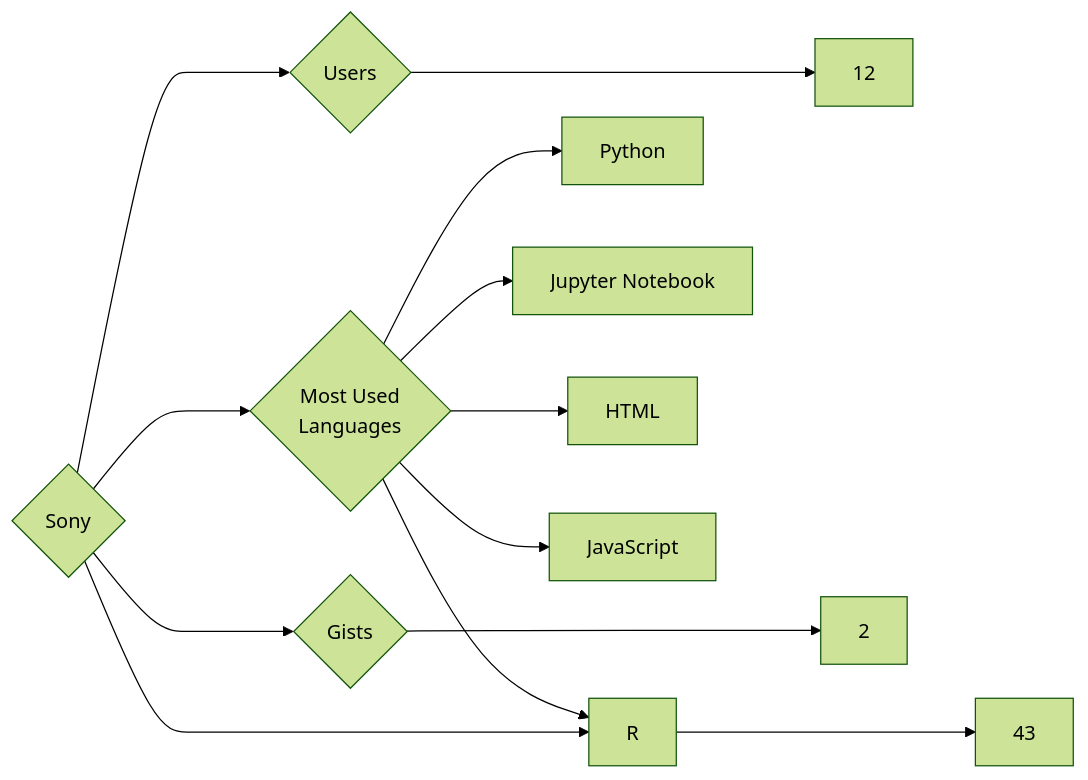
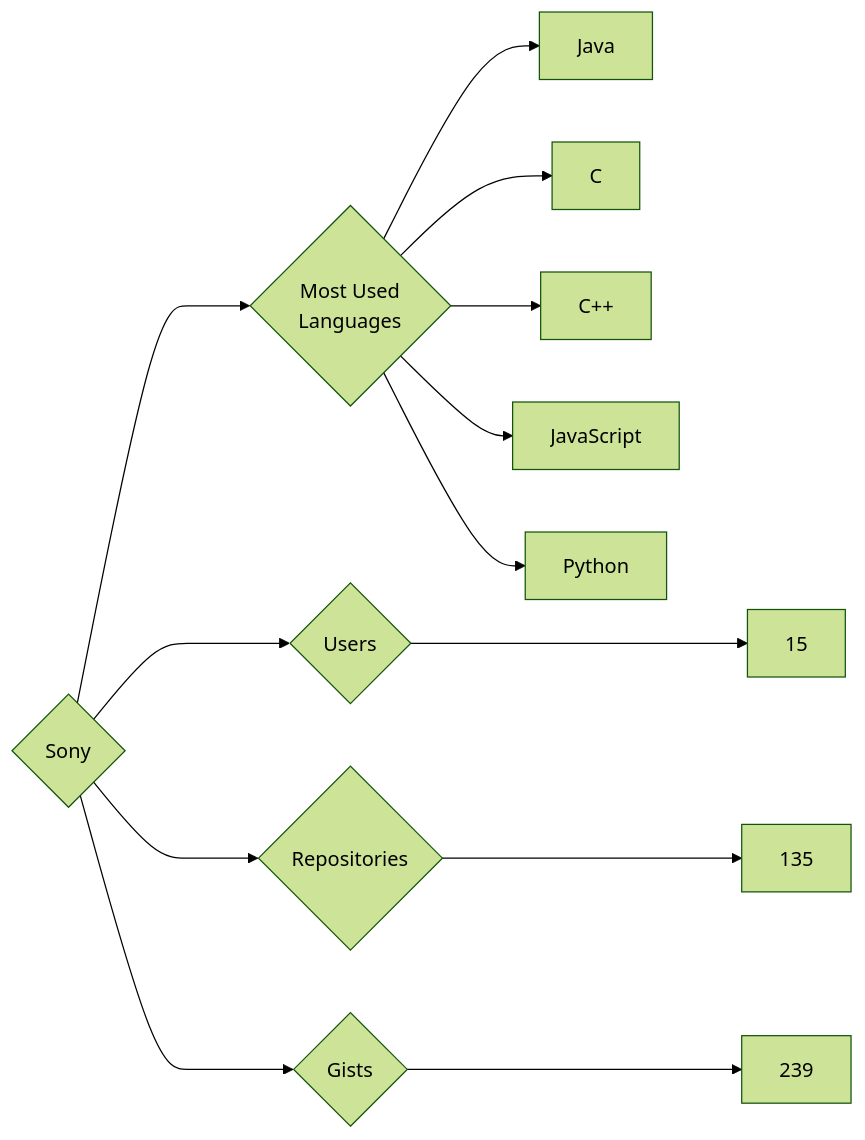
The diagram in targets/Sony/README.md (trickest/insiders), drawn with Mermaid (forest theme) before and after one commit. The commit also changed 877 other files, not shown here.

````diff
--- a/targets/Sony/README.md
+++ b/targets/Sony/README.md
@@ -3,13 +3,13 @@
 ```mermaid
 graph LR
 COMPANY_NAME{Sony}
-COMPANY_NAME ---> U{Users} ---> UN[12]
-COMPANY_NAME ---> R{Repositories} ---> RN[43]
-COMPANY_NAME ---> G{Gists} ---> GN[2]
+COMPANY_NAME ---> U{Users} ---> UN[15]
+COMPANY_NAME ---> R{Repositories} ---> RN[135]
+COMPANY_NAME ---> G{Gists} ---> GN[239]
 COMPANY_NAME ---> ML{Most Used<br>Languages}
+ML --> Java[Java]
+ML --> C[C]
+ML --> C++[C++]
+ML --> JavaScript[JavaScript]
 ML --> Python[Python]
-ML --> Jupyter_Notebook[Jupyter Notebook]
-ML --> HTML[HTML]
-ML --> R[R]
-ML --> JavaScript[JavaScript]
 ```
````
